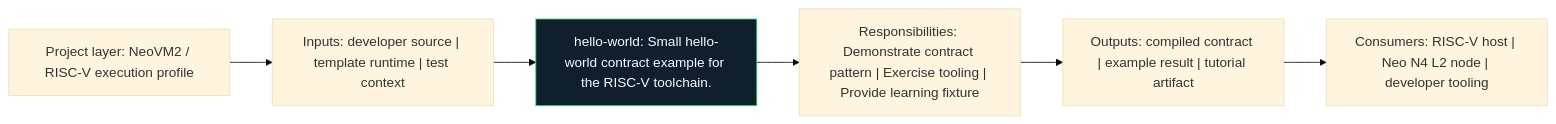
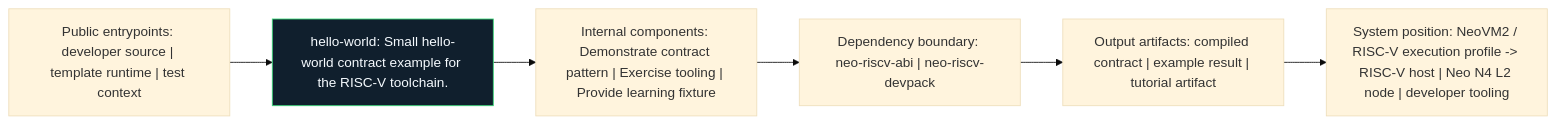
Before and after one commit to r3e-network/neo-riscv-vm: the diagram in examples/hello-world/docs/figures/architecture.mmd, drawn with Mermaid (base theme). The commit also changed 207 other files, not shown here.

Commit message:
Deepen crate visual learning guides

```diff
--- a/examples/hello-world/docs/figures/architecture.mmd
+++ b/examples/hello-world/docs/figures/architecture.mmd
@@ -1,14 +1,14 @@
 flowchart LR
-    N1["Project layer: NeoVM2 / RISC-V execution profile"]
-    N2["Inputs: developer source | template runtime | test context"]
-    N3["hello-world: Small hello-world contract example for the RISC-V toolchain."]
-    N4["Responsibilities: Demonstrate contract pattern | Exercise tooling | Provide learning fixture"]
-    N5["Outputs: compiled contract | example result | tutorial artifact"]
-    N6["Consumers: RISC-V host | Neo N4 L2 node | developer tooling"]
+    N1["Public entrypoints: developer source | template runtime | test context"]
+    N2["hello-world: Small hello-world contract example for the RISC-V toolchain."]
+    N3["Internal components: Demonstrate contract pattern | Exercise tooling | Provide learning fixture"]
+    N4["Dependency boundary: neo-riscv-abi | neo-riscv-devpack"]
+    N5["Output artifacts: compiled contract | example result | tutorial artifact"]
+    N6["System position: NeoVM2 / RISC-V execution profile -> RISC-V host | Neo N4 L2 node | developer tooling"]
     N1 --> N2
     N2 --> N3
     N3 --> N4
     N4 --> N5
     N5 --> N6
     classDef crate fill:#101f2d,stroke:#38d978,color:#f6fbff
-    class N3 crate
+    class N2 crate
```
